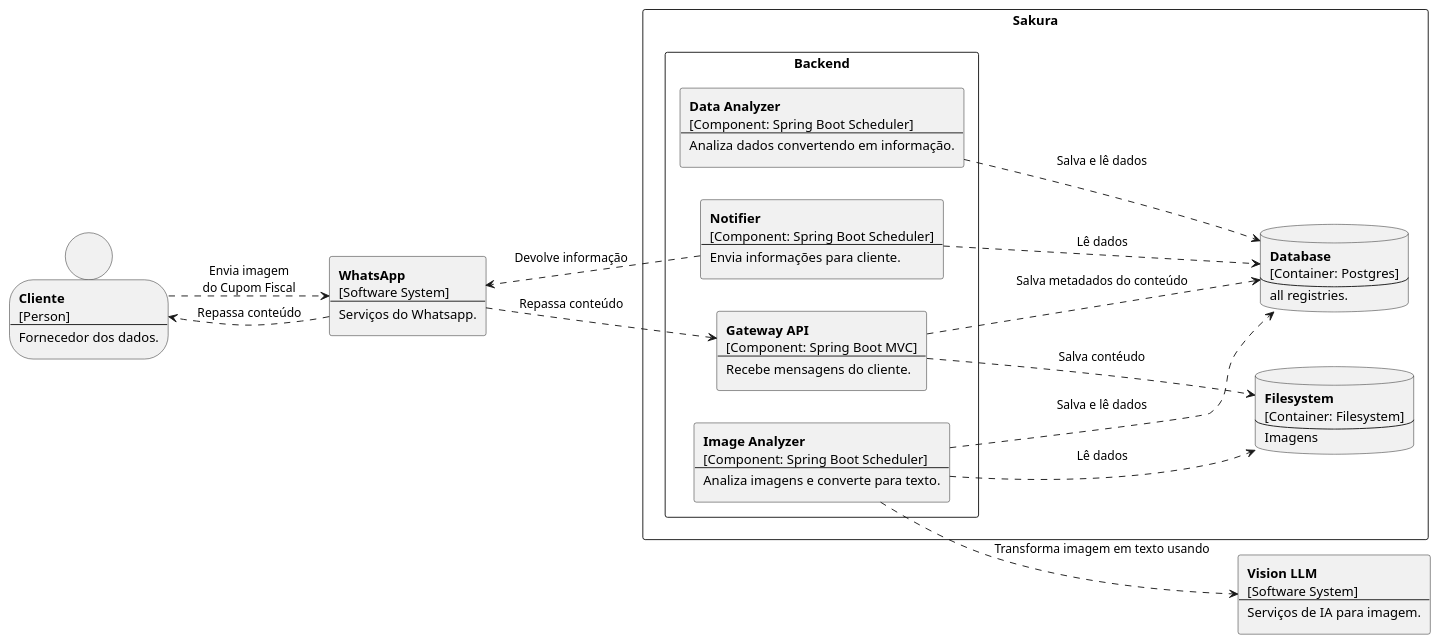
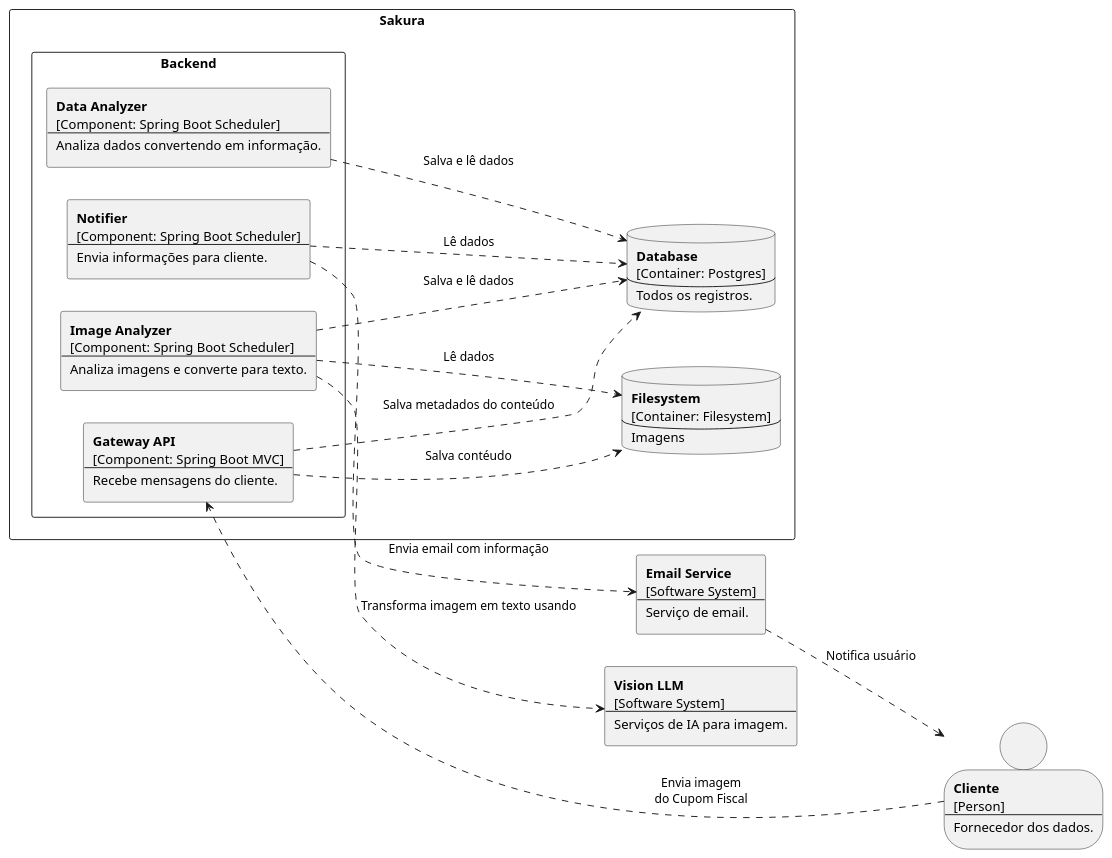
Before and after one commit to alvarengacarlos/Sakura: the diagram in doc/c4-diagrams/3-component-diagram.plantuml, drawn with PlantUML. The commit also changed 2 other files, not shown here.

Commit message:
Updates C4 diagrams to the new architecture

```diff
--- a/doc/c4-diagrams/3-component-diagram.plantuml
+++ b/doc/c4-diagrams/3-component-diagram.plantuml
@@ -1,82 +1,81 @@
 @startuml
 left to right direction
 
 person C [
 <b>Cliente</b>
 [Person]
 ---
 Fornecedor dos dados.
 ]
 
-rectangle W [
-<b>WhatsApp</b>
+rectangle E [
+<b>Email Service</b>
 [Software System]
 ---
-Serviços do Whatsapp.
+Serviço de email.
 ]
 
 rectangle Sakura as S {
     rectangle Backend {
         rectangle G [
         <b>Gateway API</b>
         [Component: Spring Boot MVC]
         ---
         Recebe mensagens do cliente.
         ]
 
         rectangle IA [
         <b>Image Analyzer</b>
         [Component: Spring Boot Scheduler]
         ---
         Analiza imagens e converte para texto.
         ]
 
         rectangle DA [
         <b>Data Analyzer</b>
         [Component: Spring Boot Scheduler]
         ---
         Analiza dados convertendo em informação.
         ]
 
         rectangle N [
         <b>Notifier</b>
         [Component: Spring Boot Scheduler]
         ---
         Envia informações para cliente.
         ]
     }
 
     database DB [
     <b>Database</b>
     [Container: Postgres]
     ---
-    all registries.
+    Todos os registros.
     ]
 
     database FS [
     <b>Filesystem</b>
     [Container: Filesystem]
     ---
     Imagens
     ]
 }
 
 rectangle VIA [
 <b>Vision LLM</b>
 [Software System]
 ---
 Serviços de IA para imagem.
 ]
 
-C ..> W : Envia imagem\ndo Cupom Fiscal
-W ..> G : Repassa conteúdo
+C ..> G : Envia imagem\ndo Cupom Fiscal
 G ..> DB : Salva metadados do conteúdo
 G ..> FS : Salva contéudo
 IA ..> DB : Salva e lê dados
 IA ..> FS : Lê dados
 IA ..> VIA : Transforma imagem em texto usando
 DA ..> DB : Salva e lê dados
 N ..> DB : Lê dados
-N ..> W : Devolve informação
-W ..> C : Repassa conteúdo
+N ..> E : Envia email com informação
+E ..> C : Notifica usuário
 @enduml
```
